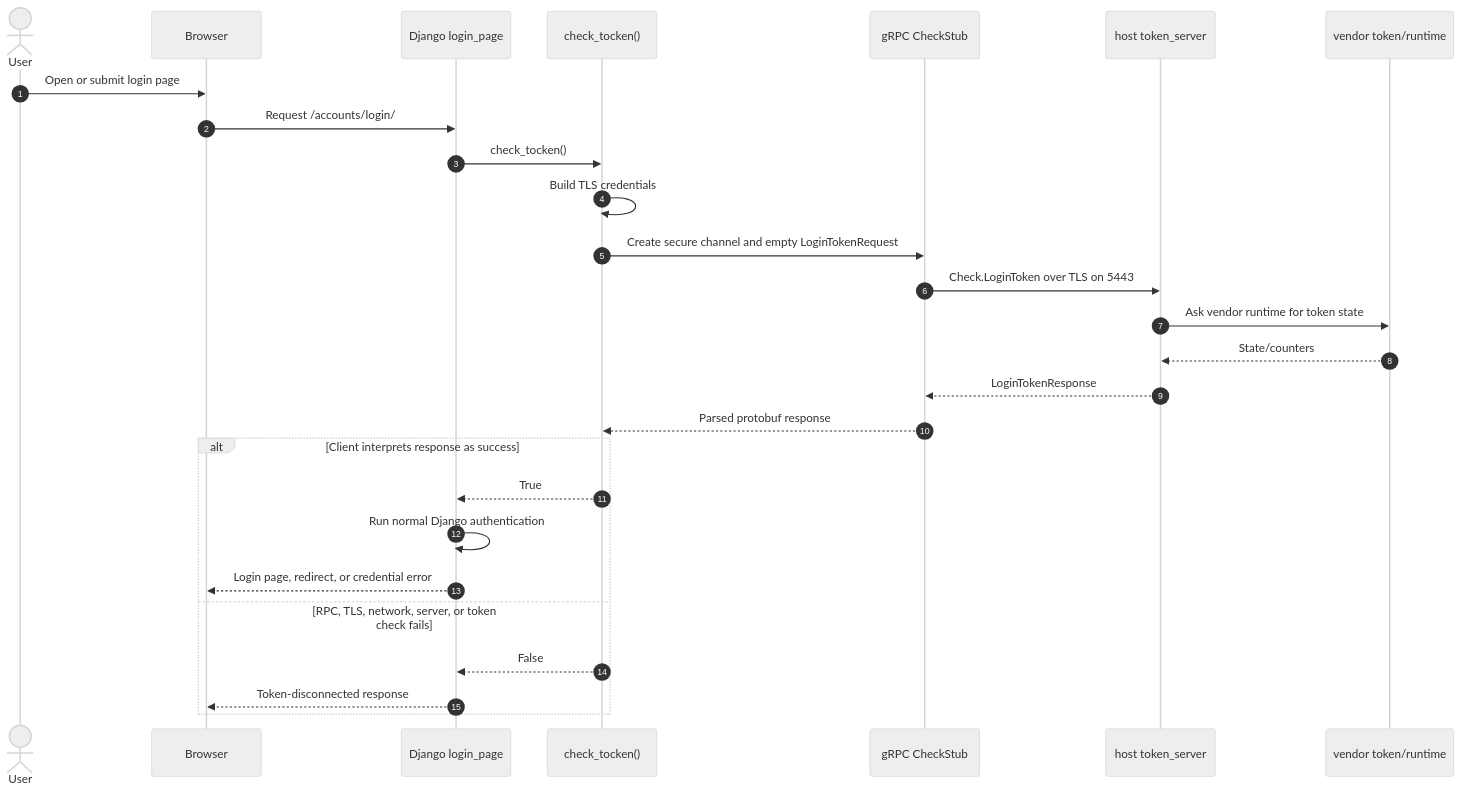
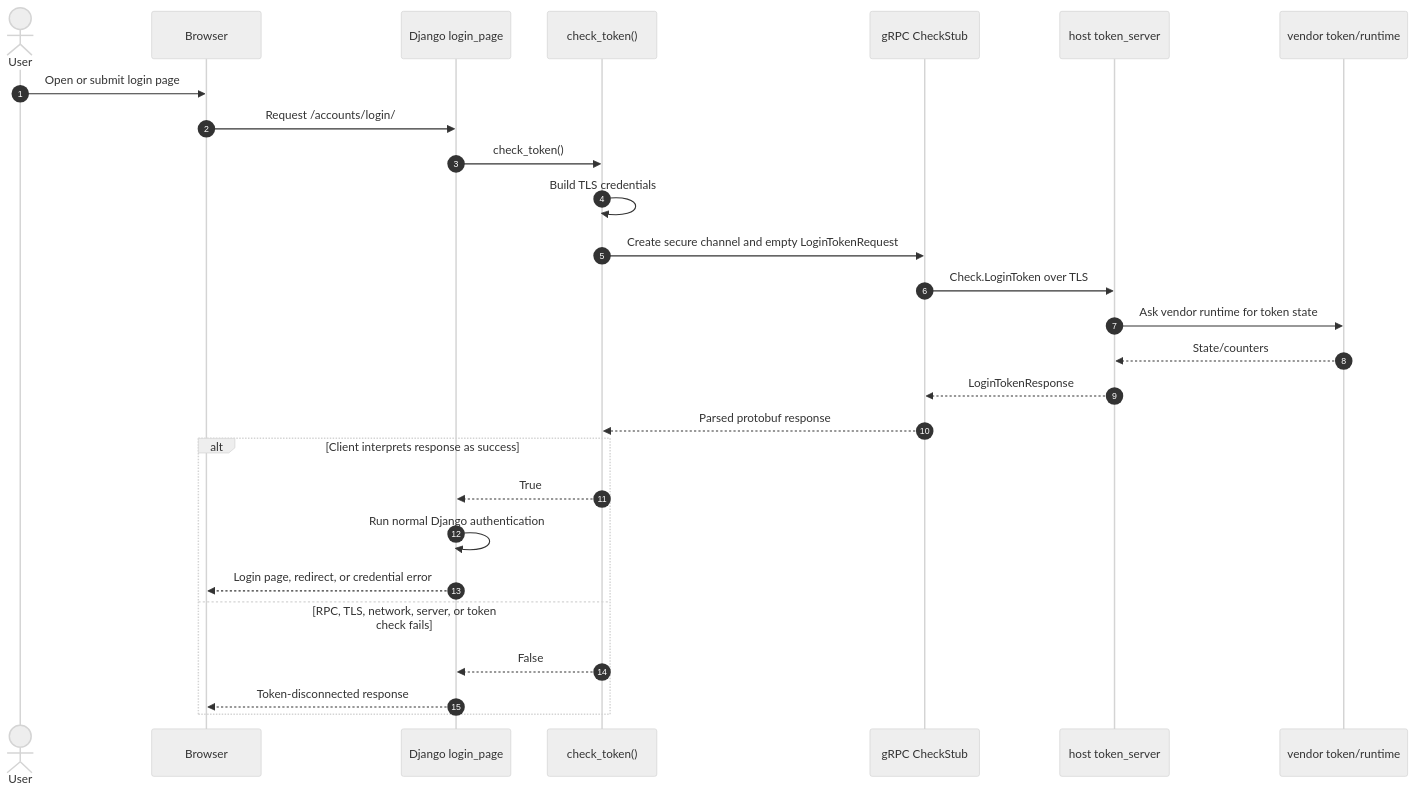
One commit to adelbordbari/adelbordbari.github.io changed the second of 8 diagrams in _code/2026-06-27-grpc.md. Above: the diagram before and after it, drawn with Mermaid (neutral theme). The commit also changed other lines of this file, not shown here.

````diff
--- a/_code/2026-06-27-grpc.md
+++ b/_code/2026-06-27-grpc.md
@@ -79,31 +73,31 @@
 ```mermaid
 sequenceDiagram
     autonumber
     actor User
     participant Browser
     participant View as Django login_page
-    participant Client as check_tocken()
+    participant Client as check_token()
     participant Stub as gRPC CheckStub
     participant Server as host token_server
     participant Token as vendor token/runtime
 
     User->>Browser: Open or submit login page
     Browser->>View: Request /accounts/login/
-    View->>Client: check_tocken()
+    View->>Client: check_token()
     Client->>Client: Build TLS credentials
     Client->>Stub: Create secure channel and empty LoginTokenRequest
-    Stub->>Server: Check.LoginToken over TLS on 5443
+    Stub->>Server: Check.LoginToken over TLS
     Server->>Token: Ask vendor runtime for token state
     Token-->>Server: State/counters
     Server-->>Stub: LoginTokenResponse
     Stub-->>Client: Parsed protobuf response
 
     alt Client interprets response as success
         Client-->>View: True
         View->>View: Run normal Django authentication
         View-->>Browser: Login page, redirect, or credential error
     else RPC, TLS, network, server, or token check fails
         Client-->>View: False
         View-->>Browser: Token-disconnected response
     end
 ```
````
